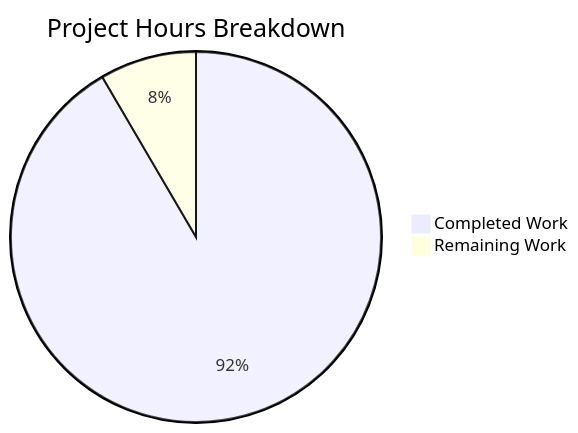
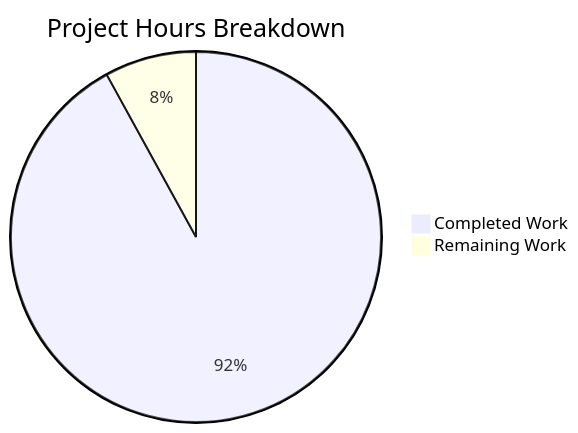
The second of 4 diagrams in blitzy/documentation/Project Guide.md (blitzy-public-samples/blitzy-spark), drawn with Mermaid before and after one commit. The commit also changed other lines of this file, not shown here.

Commit message:
Adding Blitzy Project Guide: Project Status and Human Tasks Remaining

````diff
--- a/blitzy/documentation/Project Guide.md
+++ b/blitzy/documentation/Project Guide.md
@@ -180,5 +207,5 @@
 ```mermaid
 pie title Project Hours Breakdown
-    "Completed Work" : 76
-    "Remaining Work" : 7
+    "Completed Work" : 115
+    "Remaining Work" : 10
 ```
````
